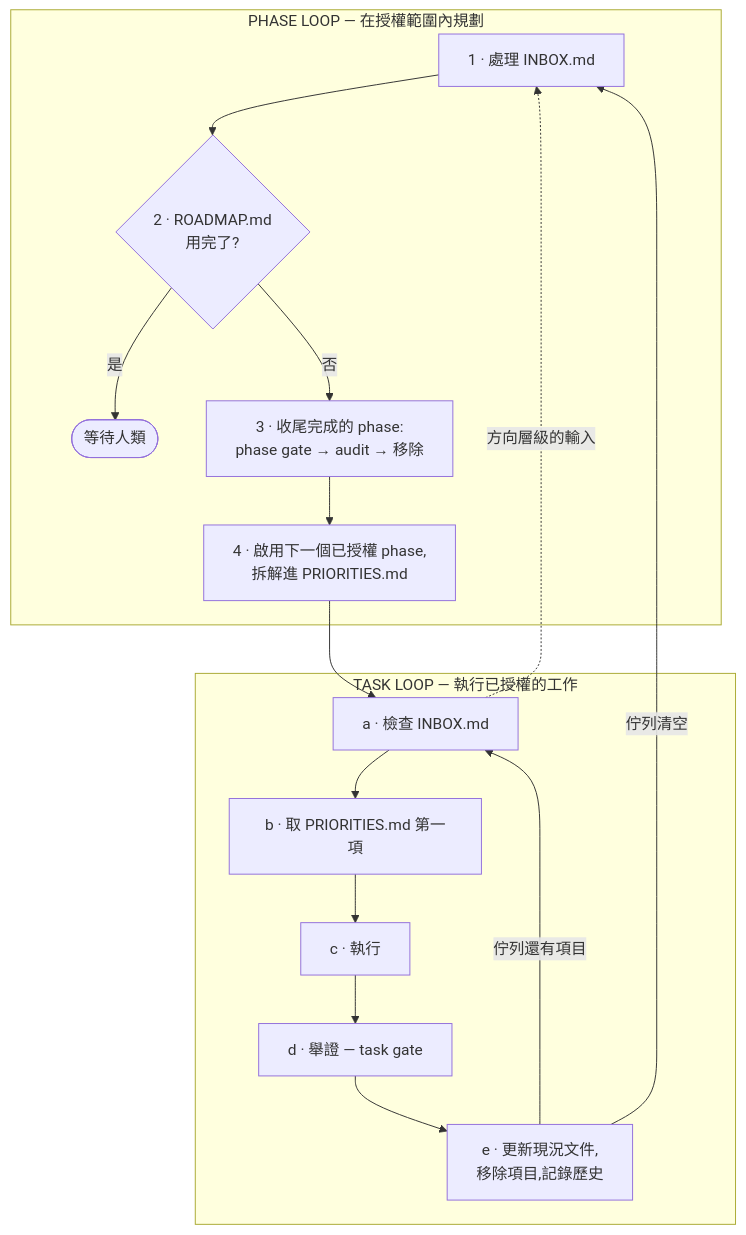
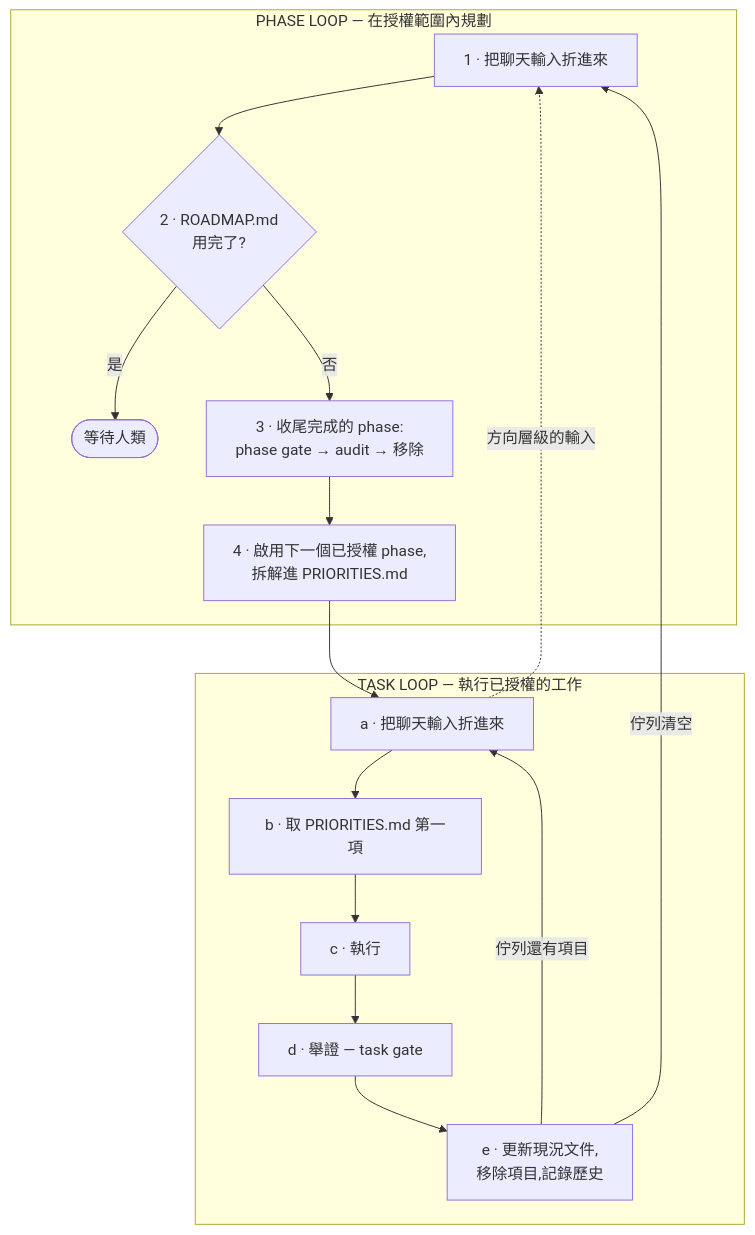
The diagram in README.zh-TW.md (egger-meow/loop-engine), drawn with Mermaid before and after one commit. The commit also changed other lines of this file and 21 other files, not shown here.

````diff
--- a/README.zh-TW.md
+++ b/README.zh-TW.md
@@ -70,19 +68,19 @@
 ```mermaid
 flowchart TB
     subgraph P["PHASE LOOP — 在授權範圍內規劃"]
-        P1["1 · 處理 INBOX.md"] --> P2{"2 · ROADMAP.md<br>用完了?"}
+        P1["1 · 把聊天輸入折進來"] --> P2{"2 · ROADMAP.md<br>用完了?"}
         P2 -- 是 --> P3(["等待人類"])
         P2 -- 否 --> P4["3 · 收尾完成的 phase:<br>phase gate → audit → 移除"]
         P4 --> P5["4 · 啟用下一個已授權 phase,<br>拆解進 PRIORITIES.md"]
     end
     subgraph T["TASK LOOP — 執行已授權的工作"]
-        T1["a · 檢查 INBOX.md"] --> T2["b · 取 PRIORITIES.md 第一項"]
+        T1["a · 把聊天輸入折進來"] --> T2["b · 取 PRIORITIES.md 第一項"]
         T2 --> T3["c · 執行"]
         T3 --> T4["d · 舉證 — task gate"]
         T4 --> T5["e · 更新現況文件,<br>移除項目,記錄歷史"]
         T5 -- 佇列還有項目 --> T1
     end
     P5 --> T1
     T5 -- 佇列清空 --> P1
     T1 -. 方向層級的輸入 .-> P1
 ```
````
